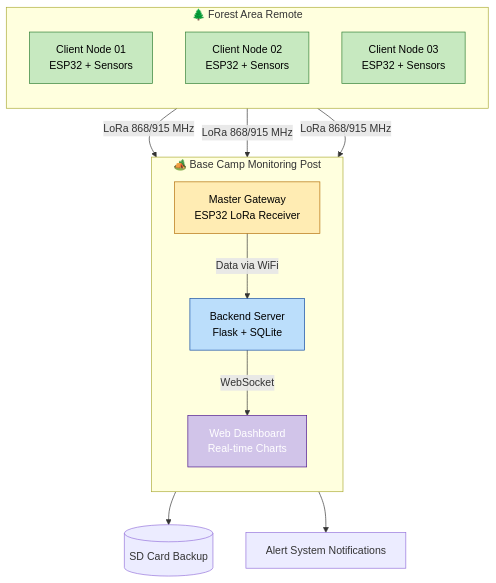
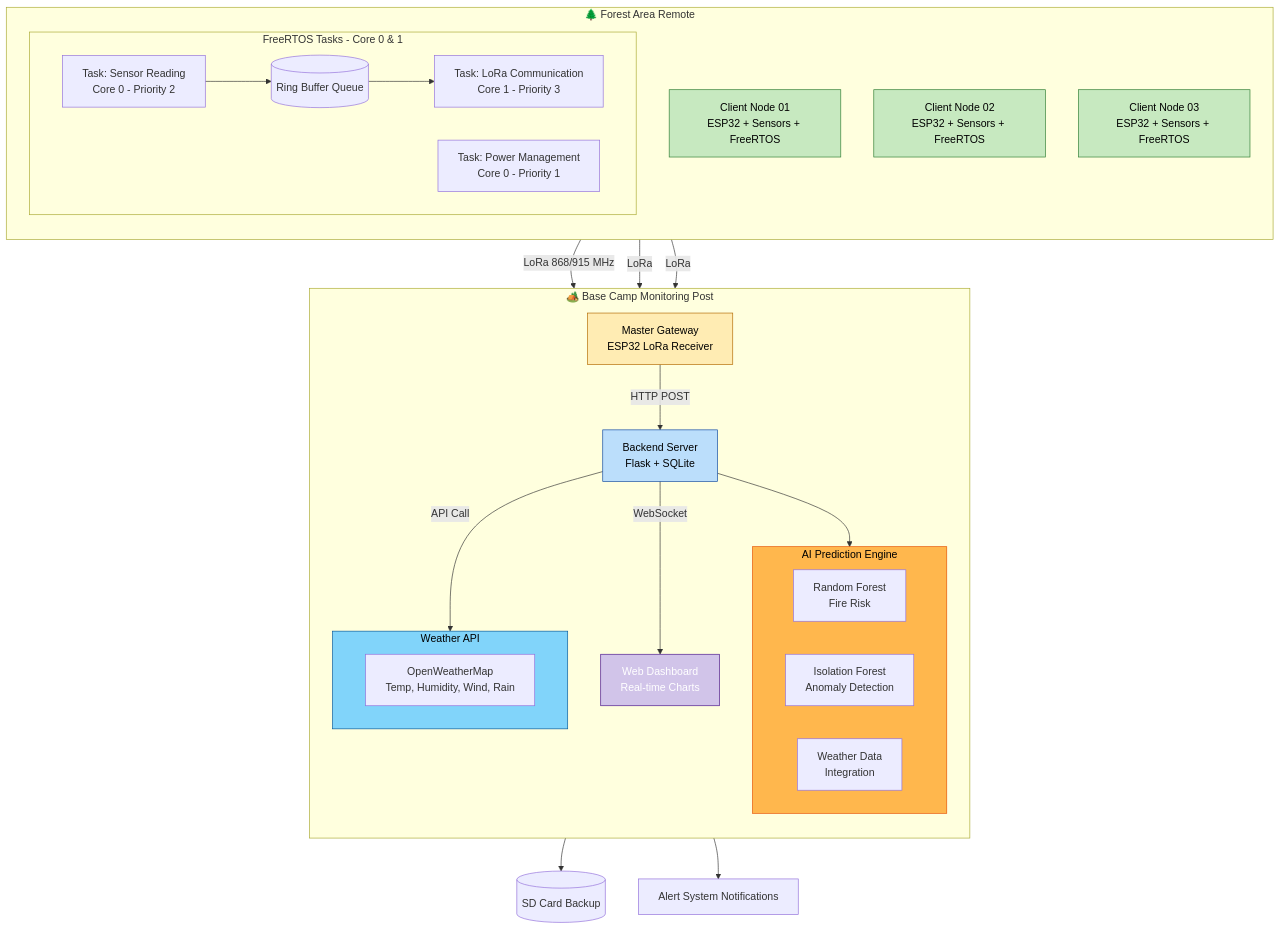
The first of 10 diagrams in README.md (ficrammanifur/offline-emergency-lora-system), drawn with Mermaid before and after one commit. The commit also changed other lines of this file, not shown here.

````diff
--- a/README.md
+++ b/README.md
@@ -47,32 +50,54 @@
 ```mermaid
 graph TD
     subgraph A[🌲 Forest Area Remote]
         direction TB
-        C1[Client Node 01<br>ESP32 + Sensors]
-        C2[Client Node 02<br>ESP32 + Sensors]
-        C3[Client Node 03<br>ESP32 + Sensors]
+        C1[Client Node 01<br>ESP32 + Sensors + FreeRTOS]
+        C2[Client Node 02<br>ESP32 + Sensors + FreeRTOS]
+        C3[Client Node 03<br>ESP32 + Sensors + FreeRTOS]
+        
+        subgraph RTOS1[FreeRTOS Tasks - Core 0 & 1]
+            T1[Task: Sensor Reading<br>Core 0 - Priority 2]
+            T2[Task: Power Management<br>Core 0 - Priority 1]
+            T3[Task: LoRa Communication<br>Core 1 - Priority 3]
+            Q[(Ring Buffer Queue)]
+            T1 --> Q --> T3
+        end
     end
 
     subgraph B[🏕️ Base Camp Monitoring Post]
         direction TB
         MG[Master Gateway<br>ESP32 LoRa Receiver]
         BE[Backend Server<br>Flask + SQLite]
         WD[Web Dashboard<br>Real-time Charts]
+        
+        subgraph AI[AI Prediction Engine]
+            P1[Random Forest<br>Fire Risk]
+            P2[Isolation Forest<br>Anomaly Detection]
+            P3[Weather Data<br>Integration]
+        end
+        
+        subgraph Weather[Weather API]
+            W1[OpenWeatherMap<br>Temp, Humidity, Wind, Rain]
+        end
     end
 
     C1 -- LoRa 868/915 MHz --> MG
-    C2 -- LoRa 868/915 MHz --> MG
-    C3 -- LoRa 868/915 MHz --> MG
+    C2 -- LoRa --> MG
+    C3 -- LoRa --> MG
     
-    MG -- Data via WiFi --> BE
+    MG -- HTTP POST --> BE
+    BE --> AI
+    BE -- API Call --> Weather
     BE -- WebSocket --> WD
     MG --> SD[(SD Card Backup)]
     BE --> AL[Alert System Notifications]
 
     style C1 fill:#c7e9c0,stroke:#2e7d32,color:#000
     style C2 fill:#c7e9c0,stroke:#2e7d32,color:#000
     style C3 fill:#c7e9c0,stroke:#2e7d32,color:#000
     style MG fill:#ffecb3,stroke:#b26a00,color:#000
     style BE fill:#bbdefb,stroke:#0d47a1,color:#000
     style WD fill:#d1c4e9,stroke:#4a148c,color:#fff
+    style AI fill:#ffb74d,stroke:#e65100,color:#000
+    style Weather fill:#81d4fa,stroke:#01579b,color:#000
 ```
````
